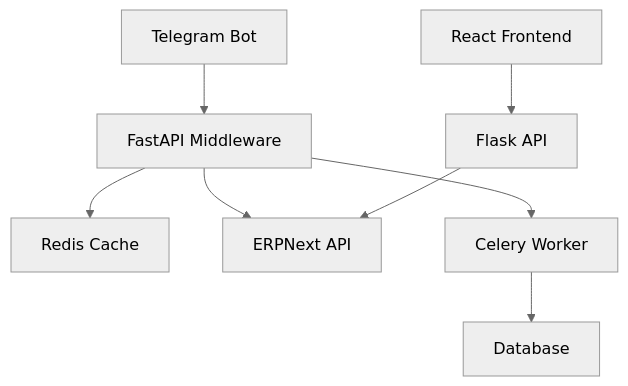
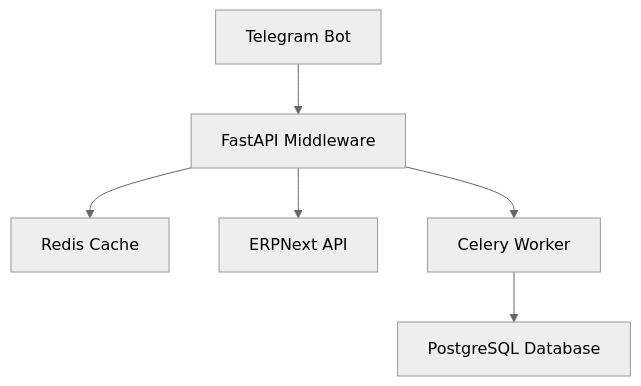
Before and after one commit to qqUber/ErpGreeHouse: the diagram in README.md, drawn with Mermaid (neutral theme). The commit also changed other lines of this file and 3 other files, not shown here.

````diff
--- a/README.md
+++ b/README.md
@@ -26,10 +26,8 @@
 ```mermaid
 graph TD
     A[Telegram Bot] --> B[FastAPI Middleware]
     B --> C[Redis Cache]
     B --> D[ERPNext API]
     B --> E[Celery Worker]
-    E --> F[Database]
-    G[React Frontend] --> H[Flask API]
-    H --> D
+    E --> F[PostgreSQL Database]
 ```
````
